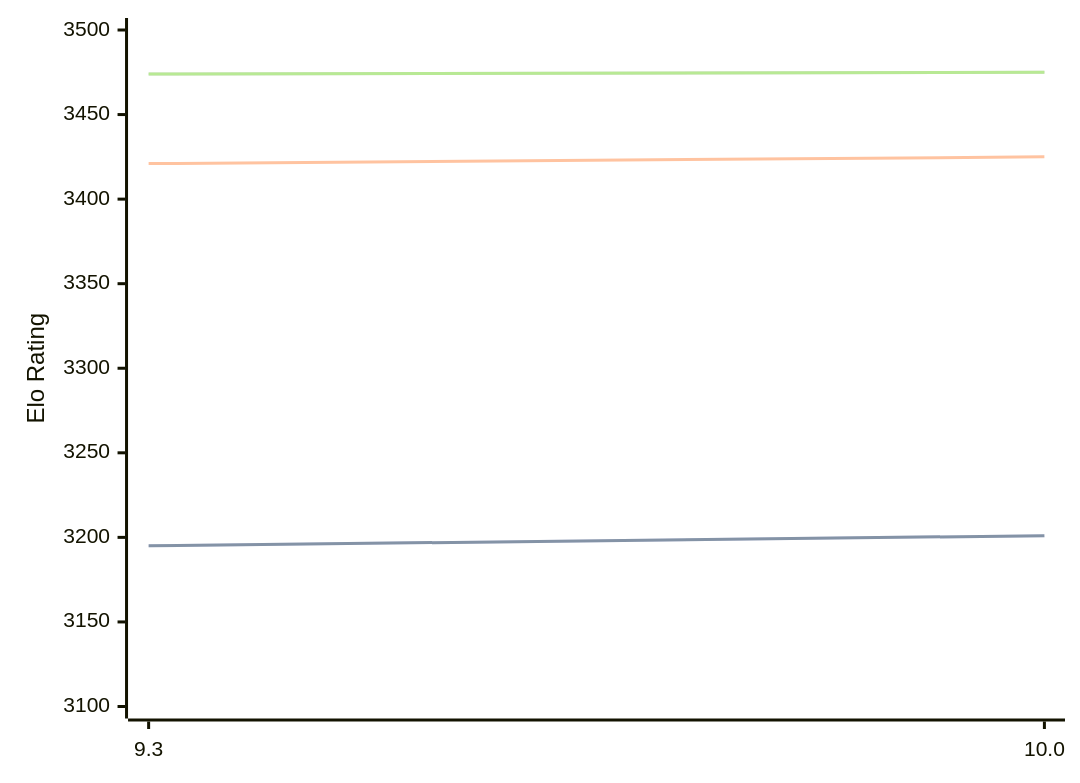
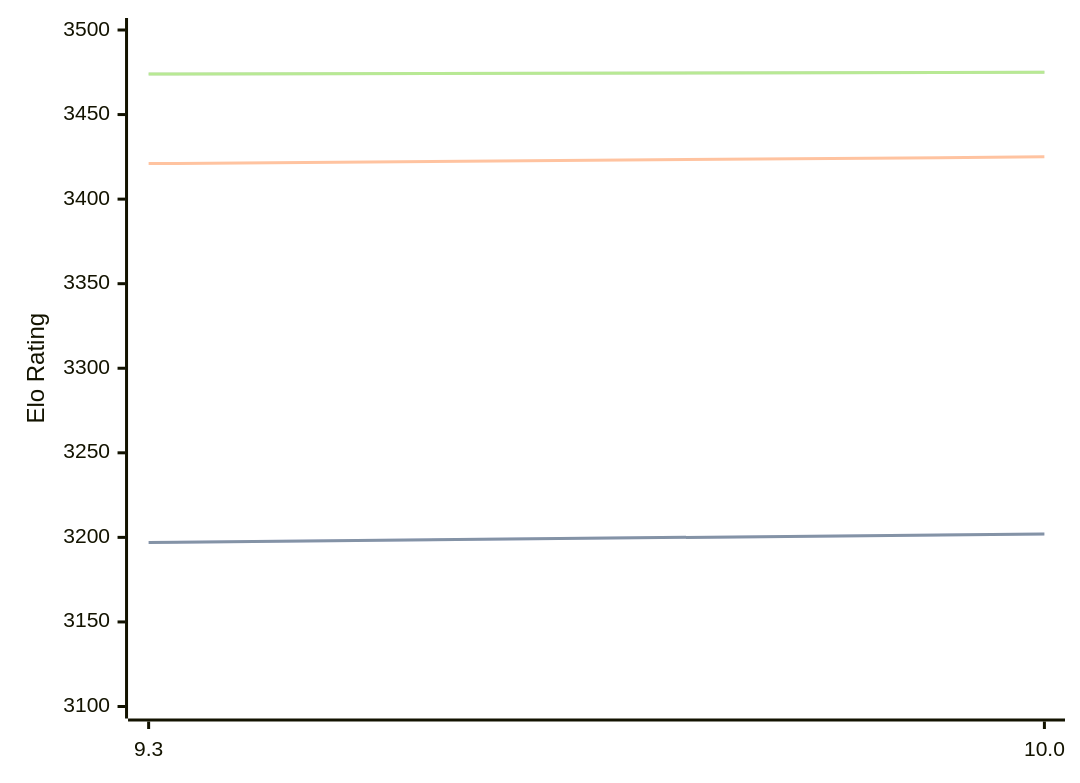
Before and after one commit to computer-chess-index/cci: the diagram in engines/Fire.md, drawn with Mermaid. The commit also changed other lines of this file, not shown here.

````diff
--- a/engines/Fire.md
+++ b/engines/Fire.md
@@ -47,11 +47,11 @@
 ```mermaid
 %%{init: {"theme":"base","themeVariables":{"seriesColors:['#a3a3a3','#222221','#faa371']}}}%%
 xychart-beta
   x-axis ["9.3", "10.0"]
   y-axis "Elo Rating" 3100 --> 3500
-  line "STC (8.0+0.08s)" [3195, 3201]
-  line "STC (8.0+0.08s)" [3195, 3201]
+  line "STC (8.0+0.08s)" [3197, 3202]
+  line "STC (8.0+0.08s)" [3197, 3202]
   line "LTC (60.0+0.60s)" [3421, 3425]
   line "VLTC (2m24s+1.12s)" [3474, 3475]
   line "VLTC (2m24s+1.12s)" [3474, 3475]
 ```
````
